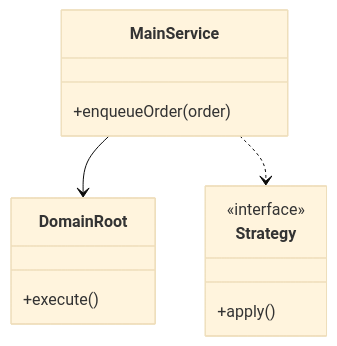
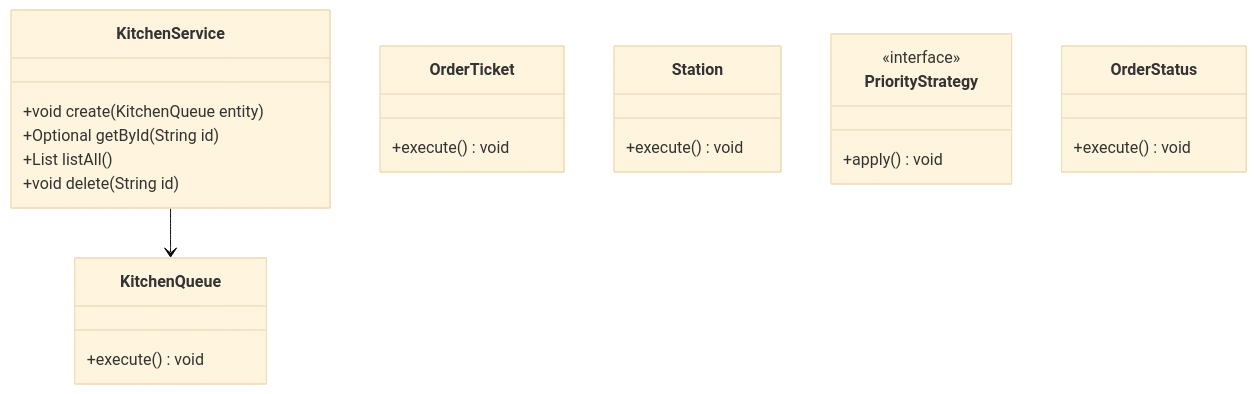
The first of 3 diagrams in Learn/System Design - Low Level Design/02-classic-ood/questions/Q52-kitchen-order-queue.md (madhupaila/Interview-Prep-SSE), drawn with Mermaid (base theme) before and after one commit. The commit also changed other lines of this file and 491 other files, not shown here.

````diff
--- a/Learn/System Design - Low Level Design/02-classic-ood/questions/Q52-kitchen-order-queue.md
+++ b/Learn/System Design - Low Level Design/02-classic-ood/questions/Q52-kitchen-order-queue.md
@@ -74,15 +89,26 @@
 ```mermaid
 classDiagram
-    class MainService {
-        +enqueueOrder(order)
+    class KitchenService {
+        +void create(KitchenQueue entity)
+        +Optional<KitchenQueue> getById(String id)
+        +List<KitchenQueue> listAll()
+        +void delete(String id)
     }
-    class DomainRoot {
-        +execute()
+    class KitchenQueue {
+        +execute() void
     }
-    class Strategy {
+    class OrderTicket {
+        +execute() void
+    }
+    class Station {
+        +execute() void
+    }
+    class PriorityStrategy {
         <<interface>>
-        +apply()
+        +apply() void
     }
-    MainService --> DomainRoot
-    MainService ..> Strategy
+    class OrderStatus {
+        +execute() void
+    }
+    KitchenService --> KitchenQueue
 ```
````
